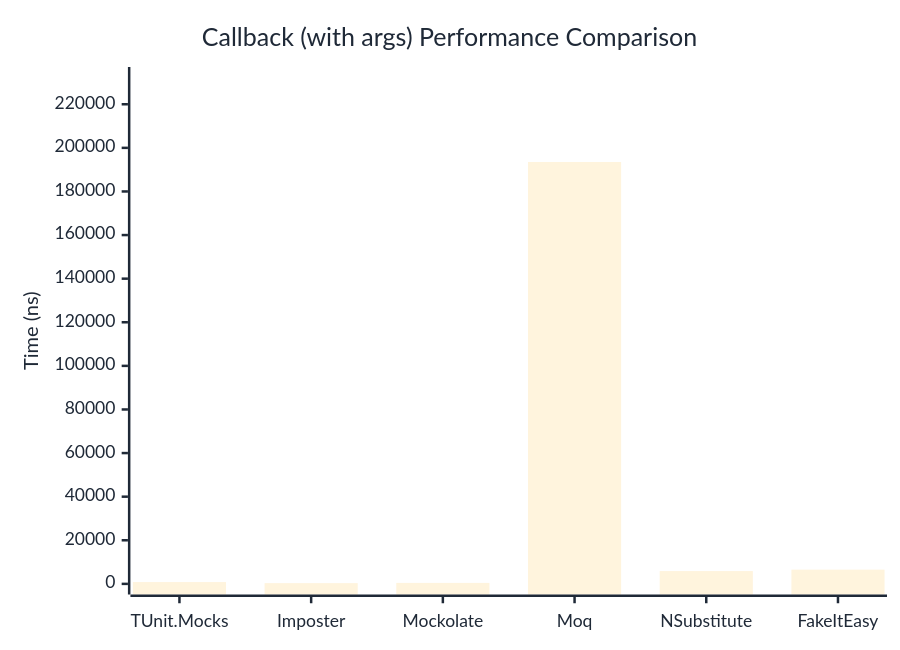
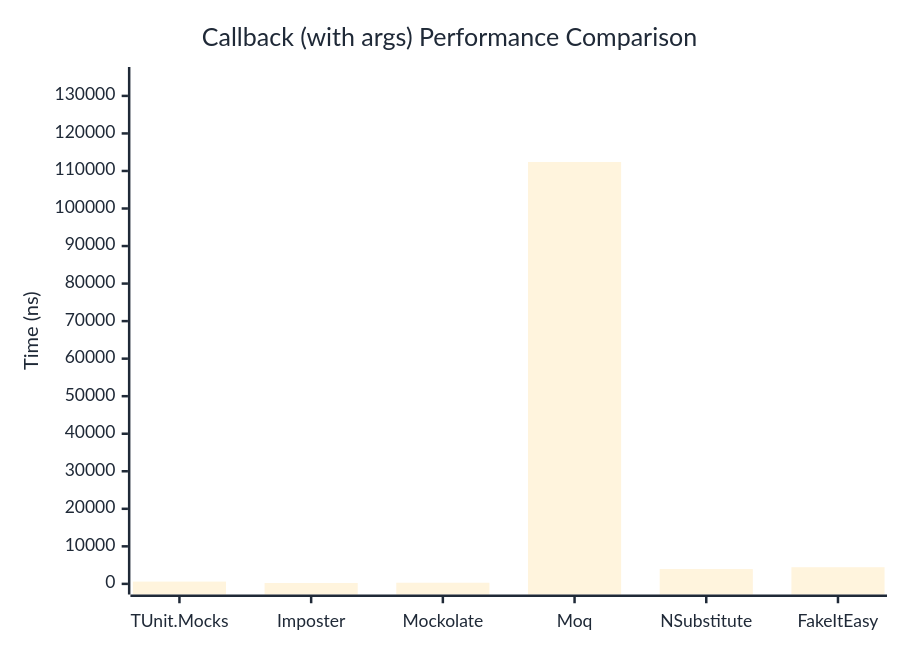
One commit to thomhurst/TUnit changed the second of 2 diagrams in docs/docs/benchmarks/mocks/Callback.md. Above: the diagram before and after it, drawn with Mermaid. The commit also changed other lines of this file and 14 other files, not shown here.

````diff
--- a/docs/docs/benchmarks/mocks/Callback.md
+++ b/docs/docs/benchmarks/mocks/Callback.md
@@ -71,27 +71,27 @@
 ```mermaid
 %%{init: {
   'theme':'base',
   'themeVariables': {
     'primaryColor': '#2563eb',
     'primaryTextColor': '#1f2937',
     'primaryBorderColor': '#1e40af',
     'lineColor': '#6b7280',
     'secondaryColor': '#7c3aed',
     'tertiaryColor': '#dc2626',
     'background': '#ffffff',
     'pie1': '#2563eb',
     'pie2': '#7c3aed',
     'pie3': '#dc2626',
     'pie4': '#f59e0b',
     'pie5': '#10b981',
     'pie6': '#06b6d4',
     'pie7': '#ec4899',
     'pie8': '#6366f1'
   }
 }}%%
 xychart-beta
   title "Callback (with args) Performance Comparison"
   x-axis ["TUnit.Mocks", "Imposter", "Mockolate", "Moq", "NSubstitute", "FakeItEasy"]
-  y-axis "Time (ns)" 0 --> 232215
-  bar [821.4, 345.1, 439.3, 193512.3, 5877.2, 6528.5]
+  y-axis "Time (ns)" 0 --> 134867
+  bar [608.7, 230.1, 300.3, 112389, 3946.9, 4437.6]
 ```
````
